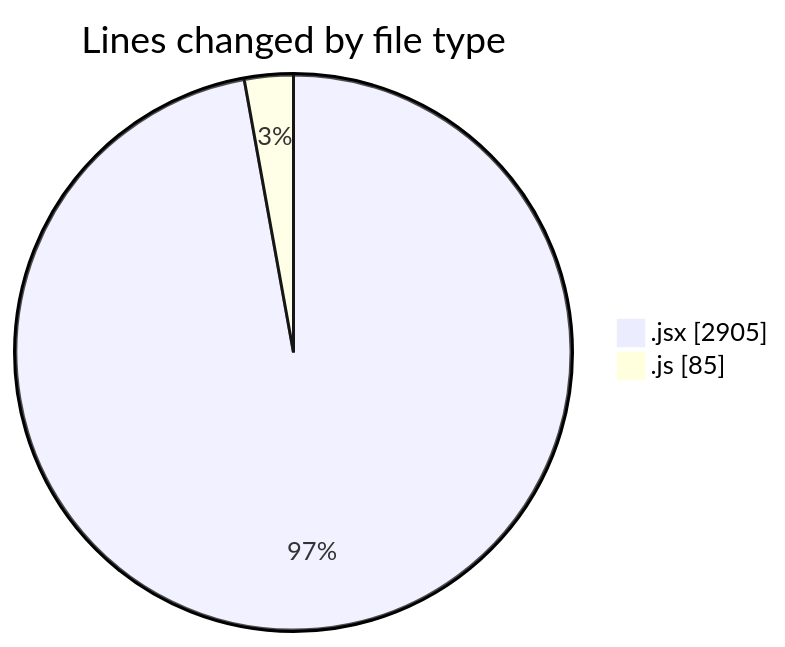
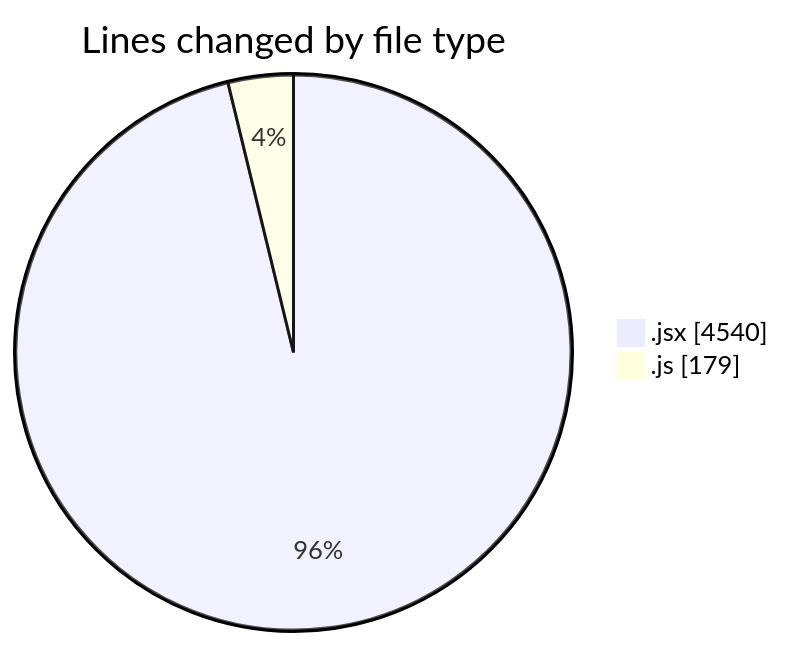
Before and after one commit to nxtqubesakshisongat/code-tracking: the first of 2 diagrams in 2025-06-21/nxtqube_webapp/README.md, drawn with Mermaid. The commit also changed other lines of this file and 1 other file, not shown here.

````diff
--- a/2025-06-21/nxtqube_webapp/README.md
+++ b/2025-06-21/nxtqube_webapp/README.md
@@ -23,6 +25,6 @@
 ```mermaid
 pie showData
 title Lines changed by file type
-".jsx" : 2905
-".js" : 85
+".jsx" : 4540
+".js" : 179
 ```
````
